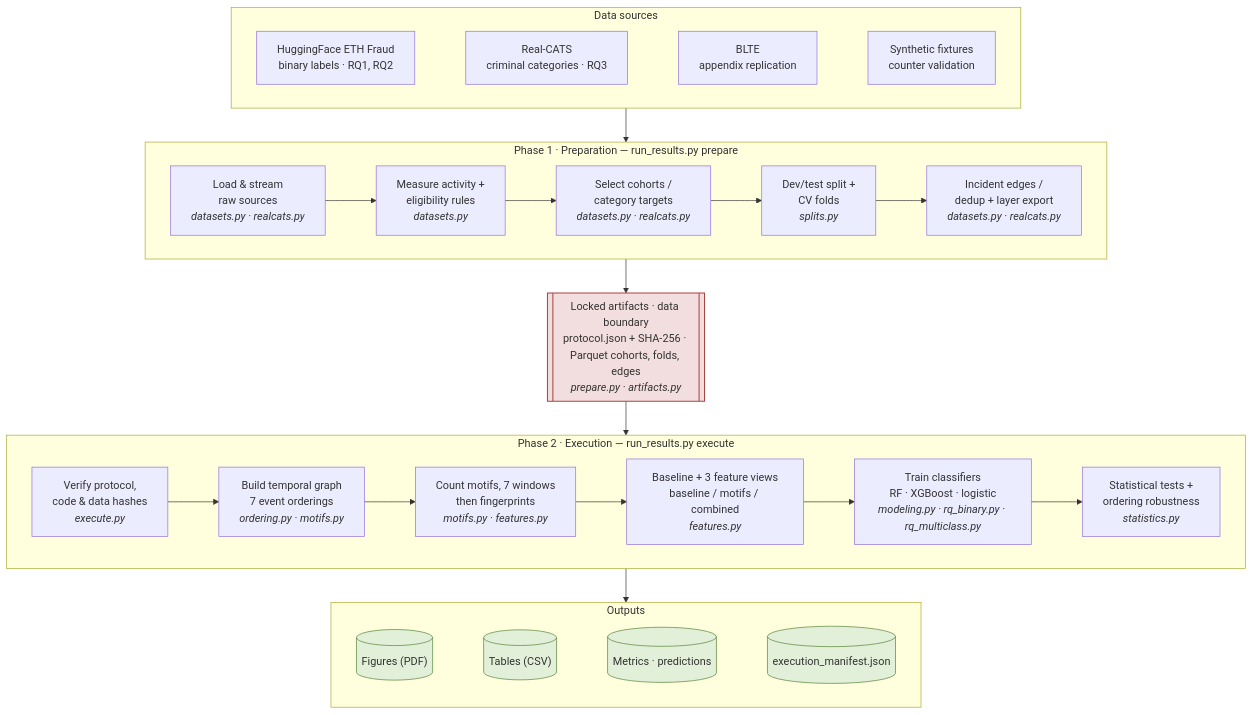
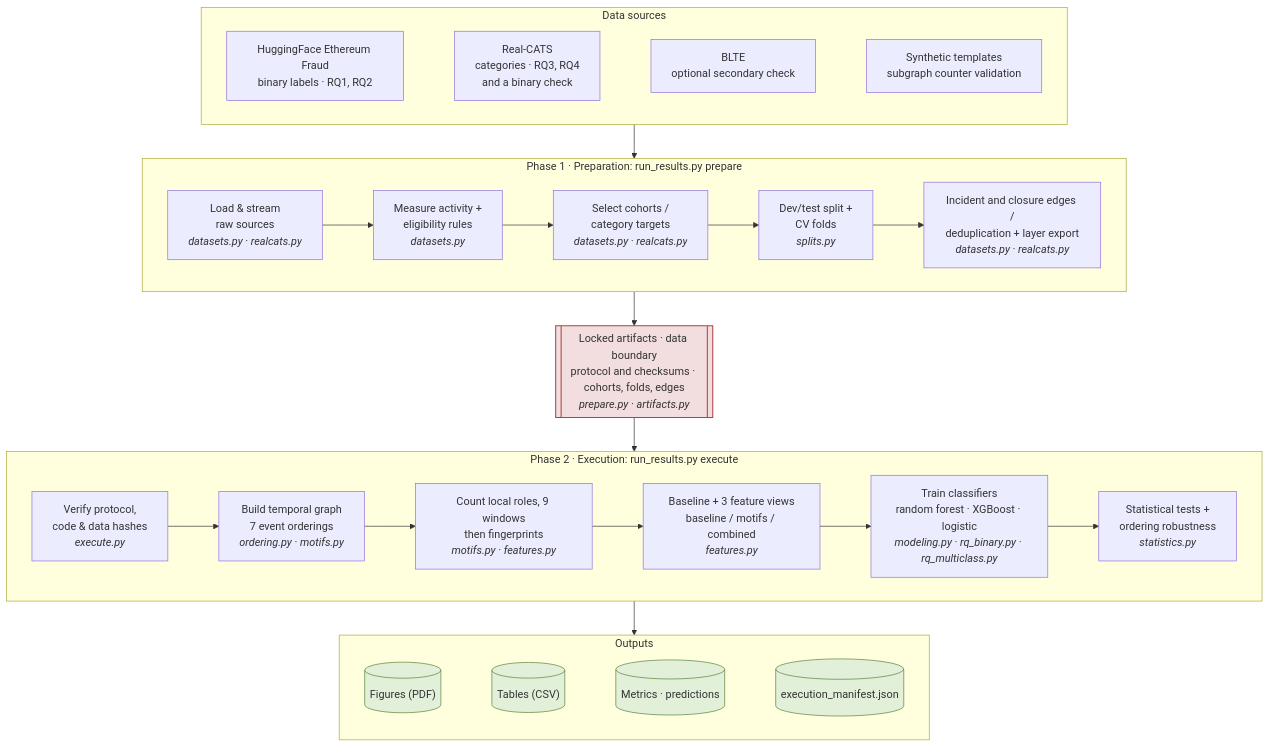
One commit to sbrucknerh/bachelor_thesis changed the diagram in diagrams/01-pipeline.mmd. Above: the diagram before and after it, drawn with Mermaid. The commit also changed 108 other files, not shown here.

```diff
--- a/diagrams/01-pipeline.mmd
+++ b/diagrams/01-pipeline.mmd
@@ -1,55 +1,56 @@
 %% Locked Results pipeline for the thesis experiments.
+%% Print figures use scripts/render_thesis_feedback_figures.py for fixed-size type.
 %% Entry point: scripts/run_results.py (prepare / execute subcommands).
 %% Phases are stacked top-to-bottom; components within a phase run left-to-right.
 flowchart TD
 
     subgraph SRC["Data sources"]
         direction LR
-        HF["HuggingFace ETH Fraud<br/>binary labels &middot; RQ1, RQ2"]
-        RC["Real-CATS<br/>criminal categories &middot; RQ3"]
-        BL["BLTE<br/>appendix replication"]
-        SY["Synthetic fixtures<br/>counter validation"]
+        HF["HuggingFace Ethereum Fraud<br/>binary labels &middot; RQ1, RQ2"]
+        RC["Real-CATS<br/>categories &middot; RQ3, RQ4<br/>and a binary check"]
+        BL["BLTE<br/>optional secondary check"]
+        SY["Synthetic templates<br/>subgraph counter validation"]
         HF ~~~ RC ~~~ BL ~~~ SY
     end
 
-    subgraph P1["Phase 1 &middot; Preparation &mdash; run_results.py prepare"]
+    subgraph P1["Phase 1 &middot; Preparation: run_results.py prepare"]
         direction LR
         L["Load &amp; stream<br/>raw sources<br/><i>datasets.py &middot; realcats.py</i>"]
         A["Measure activity +<br/>eligibility rules<br/><i>datasets.py</i>"]
         C["Select cohorts /<br/>category targets<br/><i>datasets.py &middot; realcats.py</i>"]
         S["Dev/test split +<br/>CV folds<br/><i>splits.py</i>"]
-        E["Incident edges /<br/>dedup + layer export<br/><i>datasets.py &middot; realcats.py</i>"]
+        E["Incident and closure edges /<br/>deduplication + layer export<br/><i>datasets.py &middot; realcats.py</i>"]
         L --> A --> C --> S --> E
     end
 
-    LOCK[["Locked artifacts &middot; data boundary<br/>protocol.json + SHA-256 &middot; Parquet cohorts, folds, edges<br/><i>prepare.py &middot; artifacts.py</i>"]]
+    LOCK[["Locked artifacts &middot; data boundary<br/>protocol and checksums &middot; cohorts, folds, edges<br/><i>prepare.py &middot; artifacts.py</i>"]]
 
-    subgraph P2["Phase 2 &middot; Execution &mdash; run_results.py execute"]
+    subgraph P2["Phase 2 &middot; Execution: run_results.py execute"]
         direction LR
         V["Verify protocol,<br/>code &amp; data hashes<br/><i>execute.py</i>"]
         G["Build temporal graph<br/>7 event orderings<br/><i>ordering.py &middot; motifs.py</i>"]
-        M["Count motifs, 7 windows<br/>then fingerprints<br/><i>motifs.py &middot; features.py</i>"]
+        M["Count local roles, 9 windows<br/>then fingerprints<br/><i>motifs.py &middot; features.py</i>"]
         F["Baseline + 3 feature views<br/>baseline / motifs / combined<br/><i>features.py</i>"]
-        T["Train classifiers<br/>RF &middot; XGBoost &middot; logistic<br/><i>modeling.py &middot; rq_binary.py &middot; rq_multiclass.py</i>"]
+        T["Train classifiers<br/>random forest &middot; XGBoost &middot; logistic<br/><i>modeling.py &middot; rq_binary.py &middot; rq_multiclass.py</i>"]
         ST["Statistical tests +<br/>ordering robustness<br/><i>statistics.py</i>"]
         V --> G --> M --> F --> T --> ST
     end
 
     subgraph OUT["Outputs"]
         direction LR
         FIG[("Figures (PDF)")]
         TAB[("Tables (CSV)")]
         MET[("Metrics &middot; predictions")]
         MAN[("execution_manifest.json")]
         FIG ~~~ TAB ~~~ MET ~~~ MAN
     end
 
     SRC --> P1
     P1 --> LOCK
     LOCK --> P2
     P2 --> OUT
 
     classDef lock fill:#f2dede,stroke:#a94442,stroke-width:1.5px;
     classDef out fill:#e2f0d9,stroke:#548235;
     class LOCK lock;
     class FIG,TAB,MET,MAN out;
```
